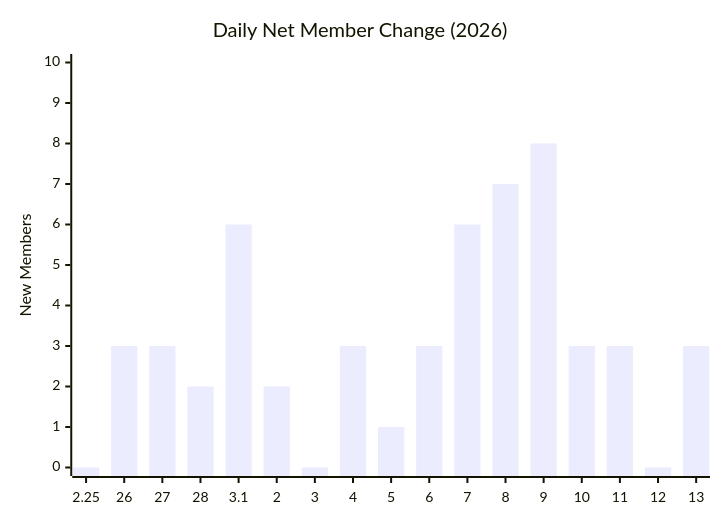
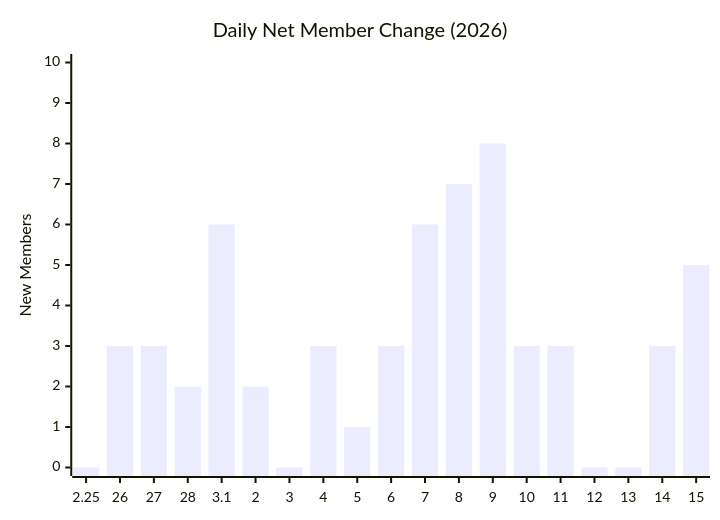
Before and after one commit to MattSherwood/March-web: the third of 3 diagrams in exports/charts/daily-cumulative-member-tally-2026.md, drawn with Mermaid. The commit also changed other lines of this file and 4 other files, not shown here.

````diff
--- a/exports/charts/daily-cumulative-member-tally-2026.md
+++ b/exports/charts/daily-cumulative-member-tally-2026.md
@@ -25,7 +25,7 @@
 ```mermaid
 xychart-beta
     title "Daily Net Member Change (2026)"
-    x-axis ["2.25", "26", "27", "28", "3.1", "2", "3", "4", "5", "6", "7", "8", "9", "10", "11", "12", "13"]
+    x-axis ["2.25", "26", "27", "28", "3.1", "2", "3", "4", "5", "6", "7", "8", "9", "10", "11", "12", "13", "14", "15"]
     y-axis "New Members" 0 --> 10
-    bar [0, 3, 3, 2, 6, 2, 0, 3, 1, 3, 6, 7, 8, 3, 3, 0, 3]
+    bar [0, 3, 3, 2, 6, 2, 0, 3, 1, 3, 6, 7, 8, 3, 3, 0, 0, 3, 5]
 ```
````
